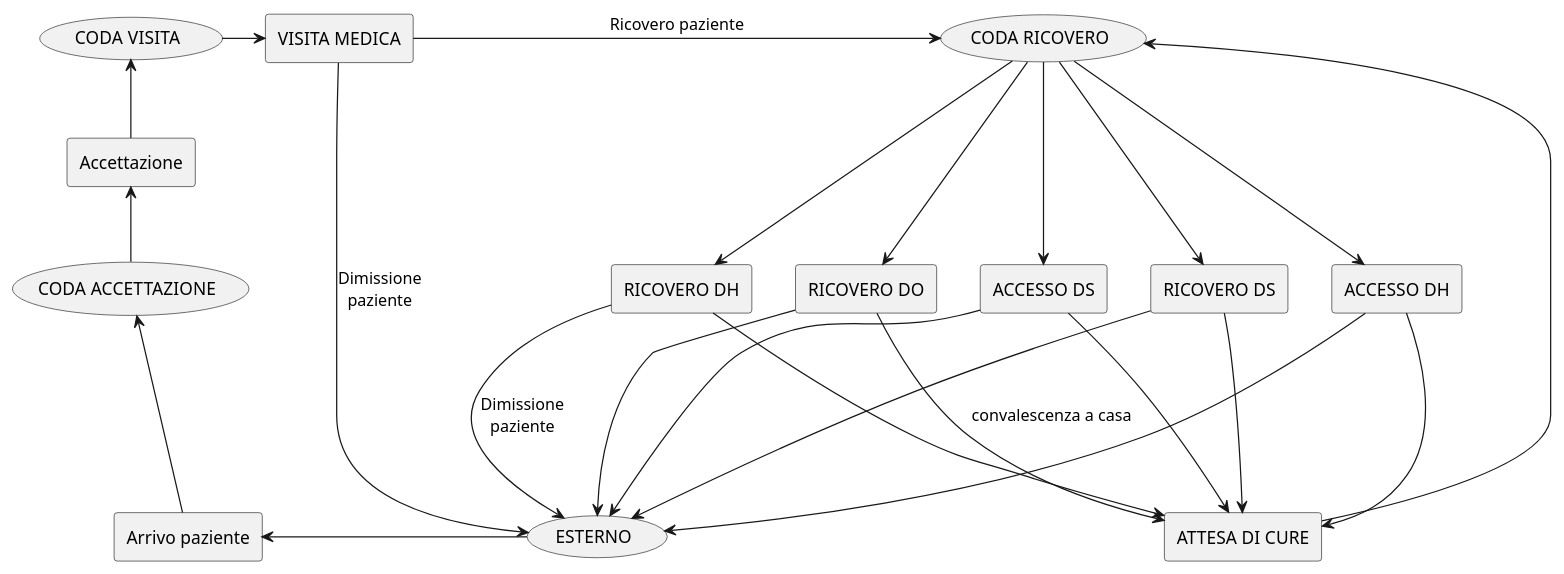
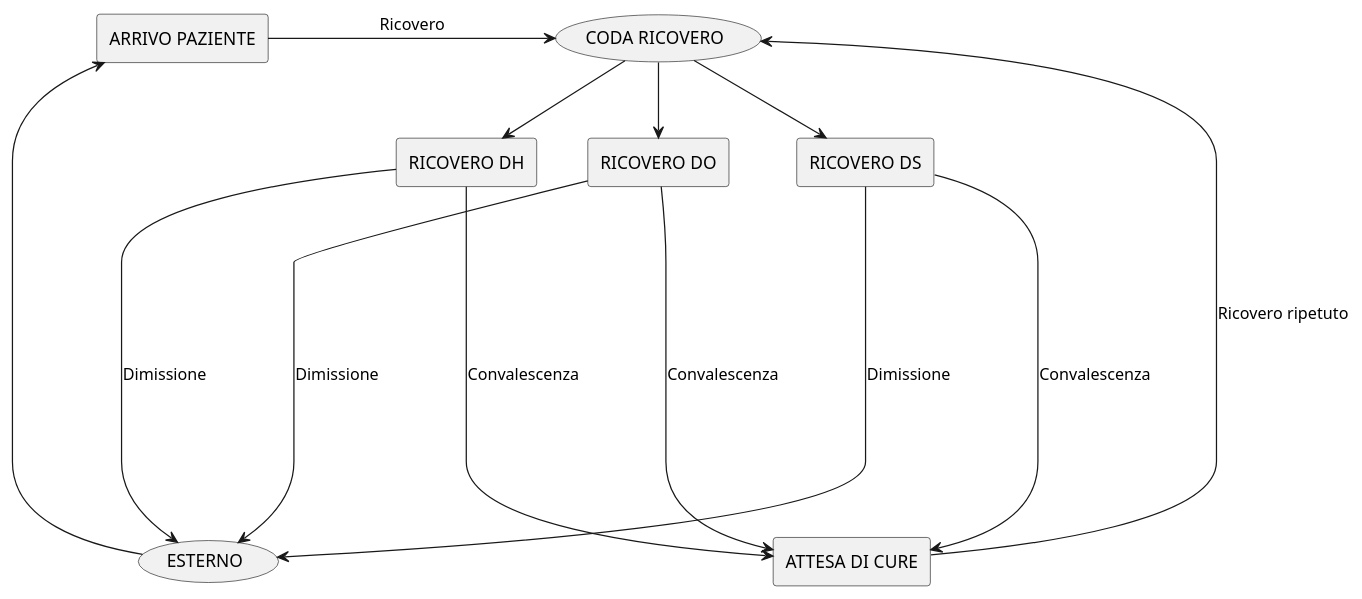
One commit to ZathSL/DES-simulator changed the diagram in documentazione/modello/modello_v2.puml. Above: the diagram before and after it, drawn with PlantUML. The commit also changed 2 other files, not shown here.

Commit message:
- updated models schemas

```diff
--- a/documentazione/modello/modello_v2.puml
+++ b/documentazione/modello/modello_v2.puml
@@ -1,29 +1,17 @@
 @startuml
 skinparam componentStyle rectangle
 'skinparam lineType polyline
 
-(ESTERNO) -left-> [Arrivo paziente] : \t\t\t\t\t\t
-[Arrivo paziente] -up--> (CODA ACCETTAZIONE)
-(CODA ACCETTAZIONE) -up-> [Accettazione]
-[Accettazione] -up-> (CODA VISITA)
-(CODA VISITA) -right-> [VISITA MEDICA]
-[VISITA MEDICA] -down-> (ESTERNO) : Dimissione\npaziente
-[VISITA MEDICA] -right-> (CODA RICOVERO) : Ricovero paziente
-(CODA RICOVERO) ---> [RICOVERO DH]
-(CODA RICOVERO) ---> [ACCESSO DS]
-(CODA RICOVERO) ---> [ACCESSO DH]
-(CODA RICOVERO) ---> [RICOVERO DS]
-(CODA RICOVERO) ---> [RICOVERO DO]
-[RICOVERO DO] -down--> [ATTESA DI CURE] : convalescenza a casa
-[RICOVERO DS] -down--> [ATTESA DI CURE]
-[RICOVERO DH] -down--> [ATTESA DI CURE]
-[ACCESSO DH] -down--> [ATTESA DI CURE]
-[ACCESSO DS] -down--> [ATTESA DI CURE]
-[ATTESA DI CURE] -up--> [CODA RICOVERO]
-[RICOVERO DH] ---> [ESTERNO] : Dimissione\npaziente
-[RICOVERO DS] ---> [ESTERNO]
-[RICOVERO DO] ---> [ESTERNO]
-[ACCESSO DH] --down-> [ESTERNO]
-[ACCESSO DS] --down-> [ESTERNO]
-[RICOVERO DH] -[hidden]right- [RICOVERO DO]
+(ESTERNO) -left-> [ARRIVO PAZIENTE]
+[ARRIVO PAZIENTE] -right-> (CODA RICOVERO) : Ricovero
+(CODA RICOVERO) -down-> [RICOVERO DH]
+(CODA RICOVERO) -down-> [RICOVERO DS]
+(CODA RICOVERO) -down-> [RICOVERO DO]
+[RICOVERO DS] -down----> [ATTESA DI CURE] : Convalescenza
+[RICOVERO DH] -down----> [ATTESA DI CURE] : Convalescenza
+[RICOVERO DO] -down----> [ATTESA DI CURE] : Convalescenza
+[RICOVERO DH] -down----> [ESTERNO] : Dimissione
+[RICOVERO DS] -down----> [ESTERNO] : Dimissione
+[RICOVERO DO] -down----> [ESTERNO] : Dimissione
+[ATTESA DI CURE] -up-> [CODA RICOVERO] : Ricovero ripetuto
 @enduml
```
